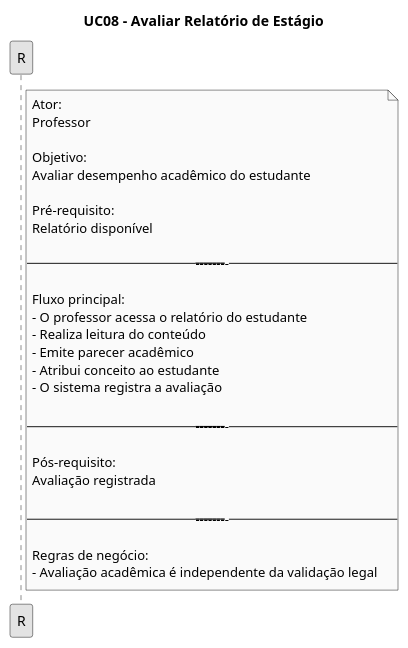
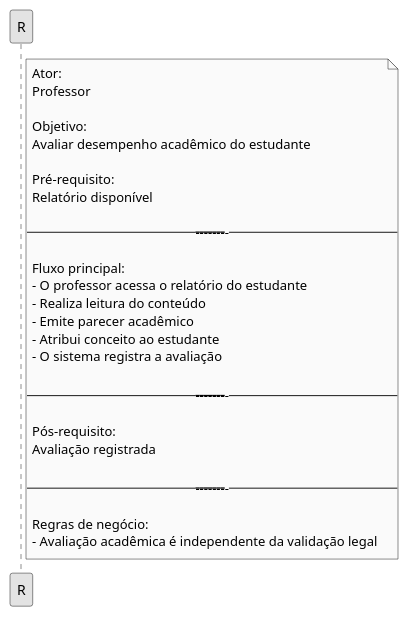
One commit to Projetos-de-Extensao/PBE_26.1_8001_VII changed the eighth of 10 diagrams in docs/Iniciacao/prototipo_baixa_fidelidade.md. Above: the diagram before and after it, drawn with PlantUML. The commit also changed other lines of this file, not shown here.

````diff
--- a/docs/Iniciacao/prototipo_baixa_fidelidade.md
+++ b/docs/Iniciacao/prototipo_baixa_fidelidade.md
@@ -328,40 +326,40 @@
 ```puml
 @startuml
-title UC08 – Avaliar Relatório de Estágio
+
 
 skinparam monochrome true
 skinparam shadowing false
 
 
 note right of R
 Ator:
 Professor
 
 Objetivo:
 Avaliar desempenho acadêmico do estudante
 
 Pré-requisito:
 Relatório disponível
 
 ----------------------------------------
 
 Fluxo principal:
 - O professor acessa o relatório do estudante
 - Realiza leitura do conteúdo
 - Emite parecer acadêmico
 - Atribui conceito ao estudante
 - O sistema registra a avaliação
 
 ----------------------------------------
 
 Pós-requisito:
 Avaliação registrada
 
 ----------------------------------------
 
 Regras de negócio:
 - Avaliação acadêmica é independente da validação legal
 end note
 
 @enduml
 ```
````
